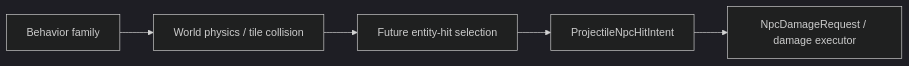
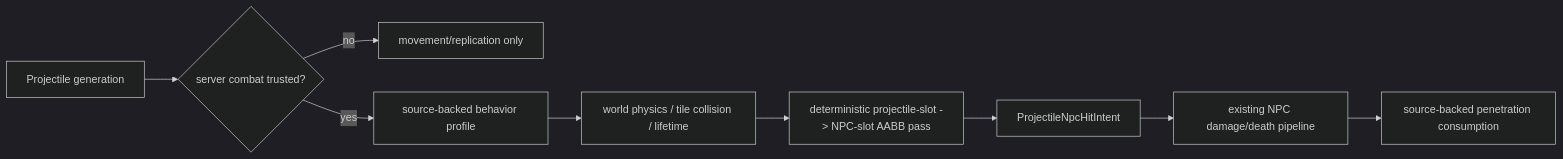
Before and after one commit to VegaKernel/TerraRuntime: the third of 3 diagrams in docs/en/projectile-behavior-profiles.md, drawn with Mermaid (dark theme). The commit also changed other lines of this file and 30 other files, not shown here.

````diff
--- a/docs/en/projectile-behavior-profiles.md
+++ b/docs/en/projectile-behavior-profiles.md
@@ -89,7 +89,11 @@
 ```mermaid
 flowchart LR
-    Behavior["Behavior family"] --> Motion["World physics / tile collision"]
-    Motion --> Target["Future entity-hit selection"]
-    Target --> Intent["ProjectileNpcHitIntent"]
-    Intent --> Damage["NpcDamageRequest / damage executor"]
+    Spawn["Projectile generation"] --> Trust{"server combat trusted?"}
+    Trust -->|no| Sync["movement/replication only"]
+    Trust -->|yes| Behavior["source-backed behavior profile"]
+    Behavior --> Motion["world physics / tile collision / lifetime"]
+    Motion --> NpcPass["deterministic projectile-slot -> NPC-slot AABB pass"]
+    NpcPass --> Intent["ProjectileNpcHitIntent"]
+    Intent --> Damage["existing NPC damage/death pipeline"]
+    Damage --> Penetration["source-backed penetration consumption"]
 ```
````
